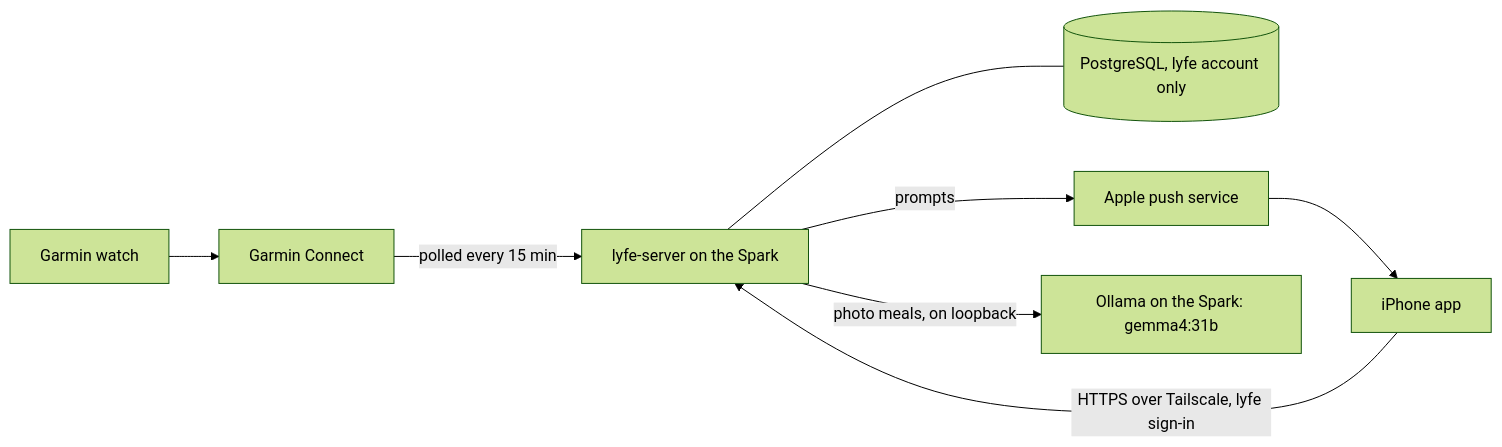
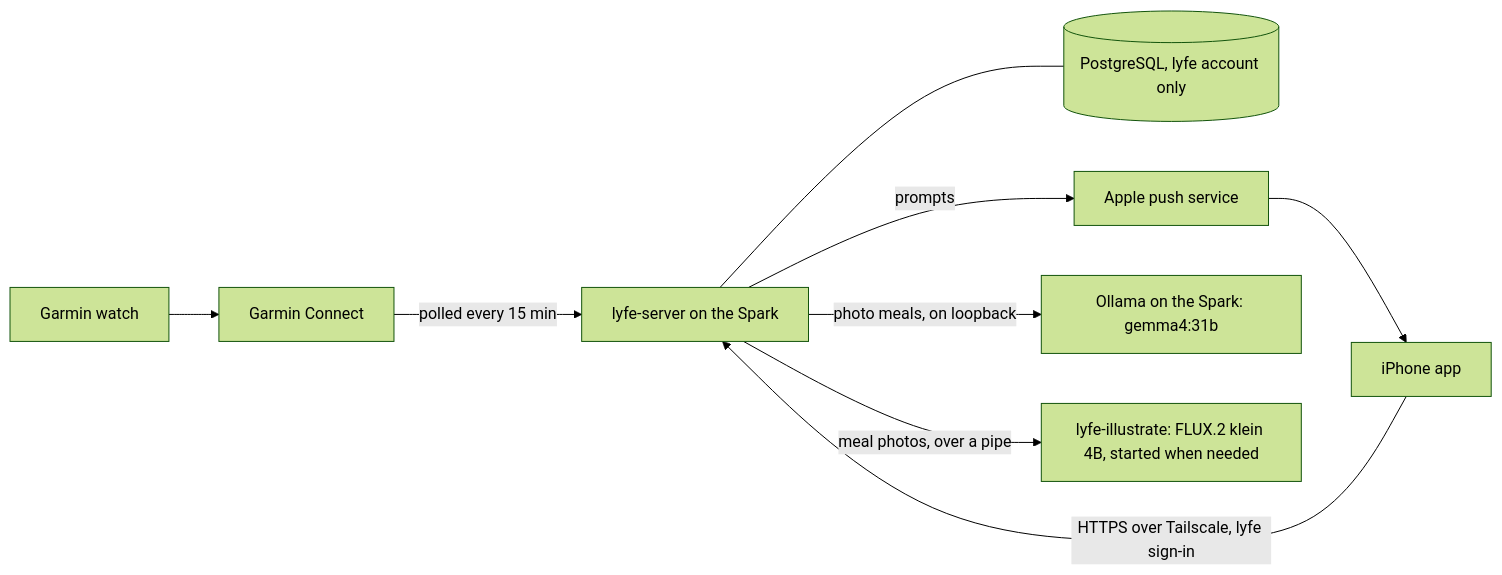
The diagram in README.md (EduardKakosyan/lyfe), drawn with Mermaid (forest theme) before and after one commit. The commit also changed other lines of this file and 32 other files, not shown here.

````diff
--- a/README.md
+++ b/README.md
@@ -18,9 +18,10 @@
 ```mermaid
 flowchart LR
     watch[Garmin watch] --> garmin[Garmin Connect]
     garmin -- polled every 15 min --> server[lyfe-server on the Spark]
     server --- db[(PostgreSQL, lyfe account only)]
     phone[iPhone app] -- HTTPS over Tailscale, lyfe sign-in --> server
     server -- prompts --> apple[Apple push service] --> phone
     server -- photo meals, on loopback --> ollama[Ollama on the Spark: gemma4:31b]
+    server -- meal photos, over a pipe --> illustrator[lyfe-illustrate: FLUX.2 klein 4B, started when needed]
 ```
````
